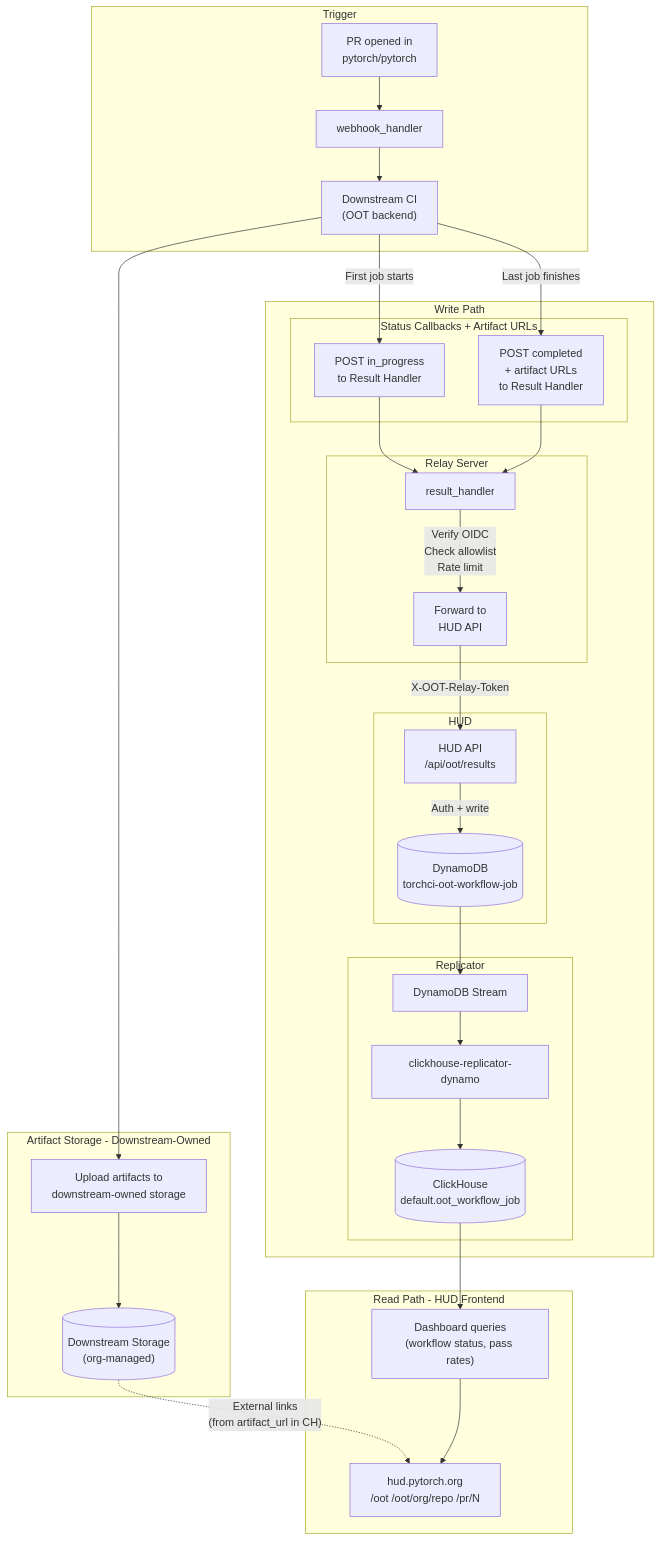
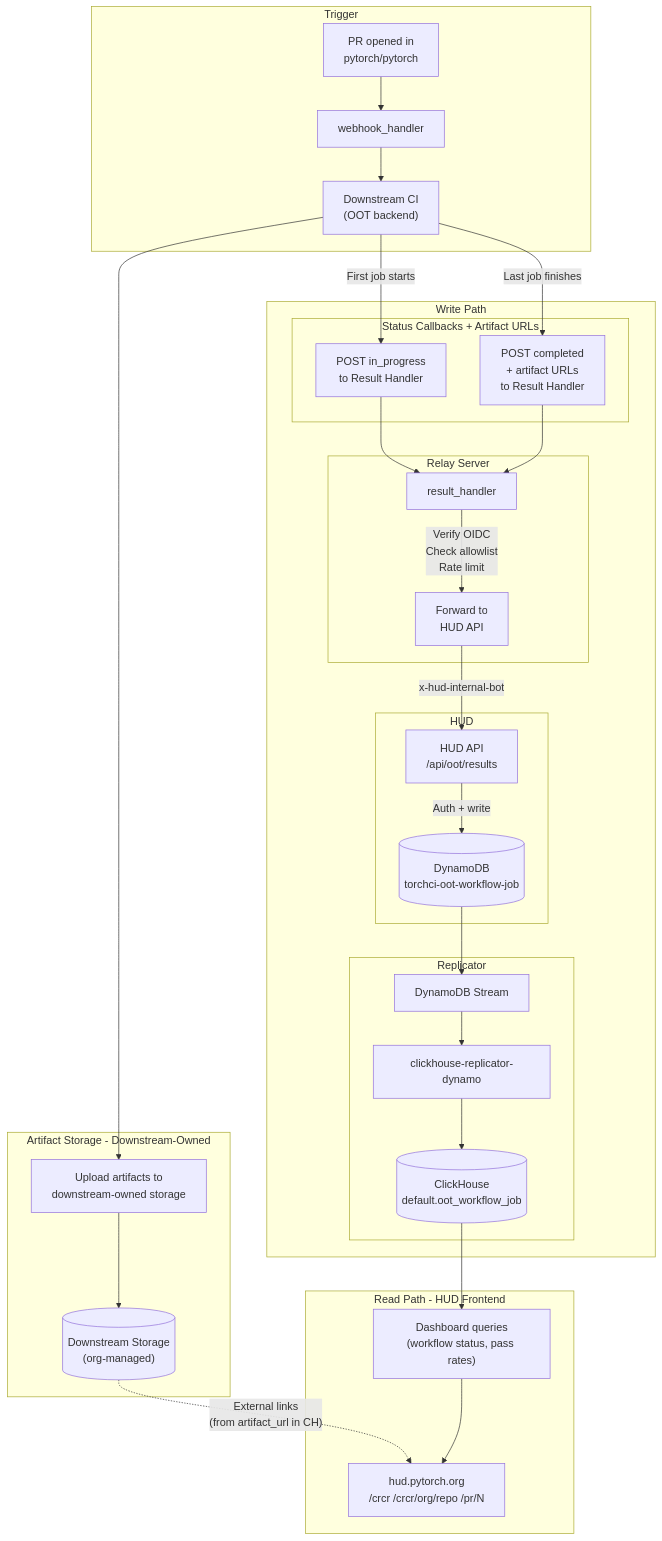
The first of 2 diagrams in RFC-0054-HUD-Integration-for-Out-of-Tree-CI-Results.md (pytorch/rfcs), drawn with Mermaid before and after one commit. The commit also changed other lines of this file, not shown here.

````diff
--- a/RFC-0054-HUD-Integration-for-Out-of-Tree-CI-Results.md
+++ b/RFC-0054-HUD-Integration-for-Out-of-Tree-CI-Results.md
@@ -57,43 +57,43 @@
 ```mermaid
 flowchart TD
     subgraph trigger [Trigger]
         PR["PR opened in\npytorch/pytorch"]
         PR --> WH[webhook_handler]
         WH --> DS["Downstream CI\n(OOT backend)"]
     end
 
     subgraph writePath [Write Path]
         subgraph callbacks [Status Callbacks + Artifact URLs]
             DS -->|"First job starts"| CB1["POST in_progress\nto Result Handler"]
             DS -->|"Last job finishes"| CB2["POST completed\n+ artifact URLs\nto Result Handler"]
         end
 
         subgraph relay [Relay Server]
             CB1 --> RH[result_handler]
             CB2 --> RH
             RH -->|"Verify OIDC\nCheck allowlist\nRate limit"| FWD["Forward to\nHUD API"]
         end
 
         subgraph hud [HUD]
-            FWD -->|"X-OOT-Relay-Token"| API["HUD API\n/api/oot/results"]
+            FWD -->|"x-hud-internal-bot"| API["HUD API\n/api/oot/results"]
             API -->|"Auth + write"| DDB[("DynamoDB\ntorchci-oot-workflow-job")]
         end
 
         subgraph replicator [Replicator]
             DDB --> STREAM["DynamoDB Stream"]
             STREAM --> REP["clickhouse-replicator-dynamo"]
             REP --> CH[("ClickHouse\ndefault.oot_workflow_job")]
         end
     end
 
     subgraph artifacts [Artifact Storage - Downstream-Owned]
         DS --> ARTUP["Upload artifacts to\ndownstream-owned storage"]
         ARTUP --> STORE[("Downstream Storage\n(org-managed)")]
     end
 
     subgraph readPath [Read Path - HUD Frontend]
         CH --> DASH["Dashboard queries\n(workflow status, pass rates)"]
         STORE -.->|"External links\n(from artifact_url in CH)"| HUDFE
-        DASH --> HUDFE["hud.pytorch.org\n/oot  /oot/org/repo  /pr/N"]
+        DASH --> HUDFE["hud.pytorch.org\n/crcr  /crcr/org/repo  /pr/N"]
     end
 ```
````
